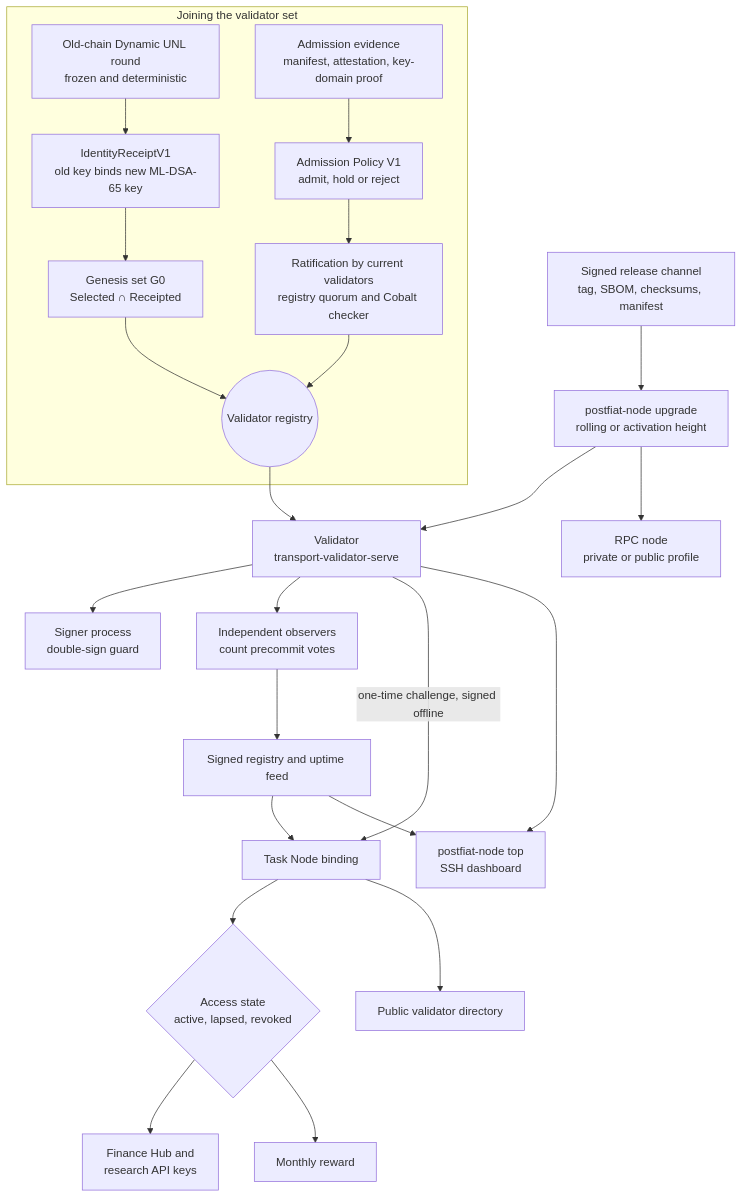
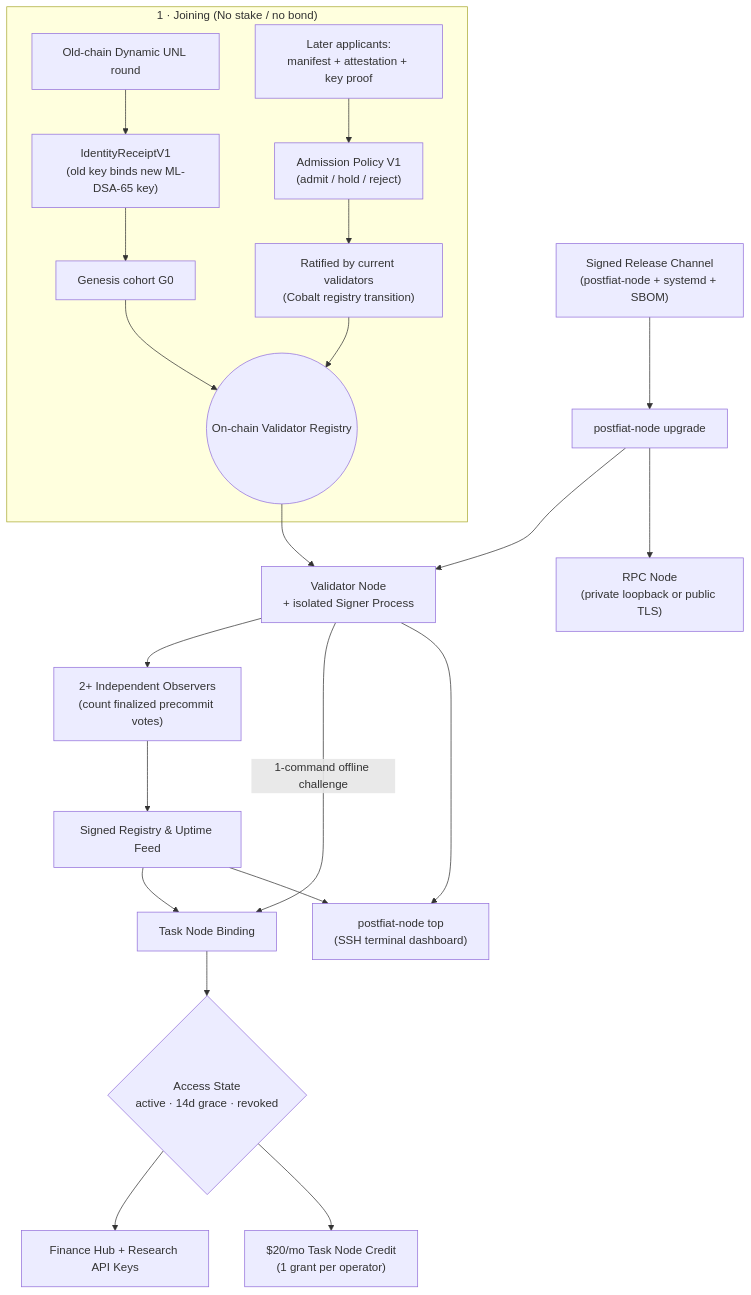
The diagram in big_milestone/pillars/03-validator-program.md (postfiatorg/postfiatl1v2), drawn with Mermaid before and after one commit. The commit also changed other lines of this file and 45 other files, not shown here.

Commit message:
docs(big-milestone): rewrite all 10 pillars in plain English, resolve founder decisions, add ship checklists, upgrade audit & close Round 4 execution holes

````diff
--- a/big_milestone/pillars/03-validator-program.md
+++ b/big_milestone/pillars/03-validator-program.md
@@ -78,26 +23,24 @@
 ```mermaid
 flowchart TB
-    subgraph JOIN["Joining the validator set"]
-        DU["Old-chain Dynamic UNL round<br/>frozen and deterministic"] --> RC["IdentityReceiptV1<br/>old key binds new ML-DSA-65 key"]
-        RC --> G0["Genesis set G0<br/>Selected ∩ Receipted"]
-        EV["Admission evidence<br/>manifest, attestation, key-domain proof"] --> POL["Admission Policy V1<br/>admit, hold or reject"]
-        POL --> RAT["Ratification by current validators<br/>registry quorum and Cobalt checker"]
-        G0 --> REG(("Validator registry"))
+    subgraph JOIN["1 · Joining (No stake / no bond)"]
+        DU["Old-chain Dynamic UNL round"] --> RC["IdentityReceiptV1<br/>(old key binds new ML-DSA-65 key)"]
+        RC --> G0["Genesis cohort G0"]
+        EV["Later applicants:<br/>manifest + attestation + key proof"] --> POL["Admission Policy V1<br/>(admit / hold / reject)"]
+        POL --> RAT["Ratified by current validators<br/>(Cobalt registry transition)"]
+        G0 --> REG(("On-chain Validator Registry"))
         RAT --> REG
     end
-    R["Signed release channel<br/>tag, SBOM, checksums, manifest"] --> UP["postfiat-node upgrade<br/>rolling or activation height"]
-    UP --> V["Validator<br/>transport-validator-serve"]
-    UP --> P["RPC node<br/>private or public profile"]
-    V --> S["Signer process<br/>double-sign guard"]
+    REL["Signed Release Channel<br/>(postfiat-node + systemd + SBOM)"] --> UP["postfiat-node upgrade"]
+    UP --> V["Validator Node<br/>+ isolated Signer Process"]
+    UP --> RPC["RPC Node<br/>(private loopback or public TLS)"]
     REG --> V
-    V --> OBS["Independent observers<br/>count precommit votes"]
-    OBS --> RJ["Signed registry and uptime feed"]
-    V -->|"one-time challenge, signed offline"| TN["Task Node binding"]
-    RJ --> TN
-    TN --> ACC{"Access state<br/>active, lapsed, revoked"}
-    ACC --> FH["Finance Hub and<br/>research API keys"]
-    ACC --> RW["Monthly reward"]
-    TN --> DIR["Public validator directory"]
-    V --> TOP["postfiat-node top<br/>SSH dashboard"]
-    RJ --> TOP
+    V --> OBS["2+ Independent Observers<br/>(count finalized precommit votes)"]
+    OBS --> FEED["Signed Registry & Uptime Feed"]
+    V -->|"1-command offline challenge"| TN["Task Node Binding"]
+    FEED --> TN
+    TN --> STATE{"Access State<br/>active · 14d grace · revoked"}
+    STATE --> FH["Finance Hub + Research API Keys"]
+    STATE --> RW["$20/mo Task Node Credit<br/>(1 grant per operator)"]
+    V --> TOP["postfiat-node top<br/>(SSH terminal dashboard)"]
+    FEED --> TOP
 ```
````
